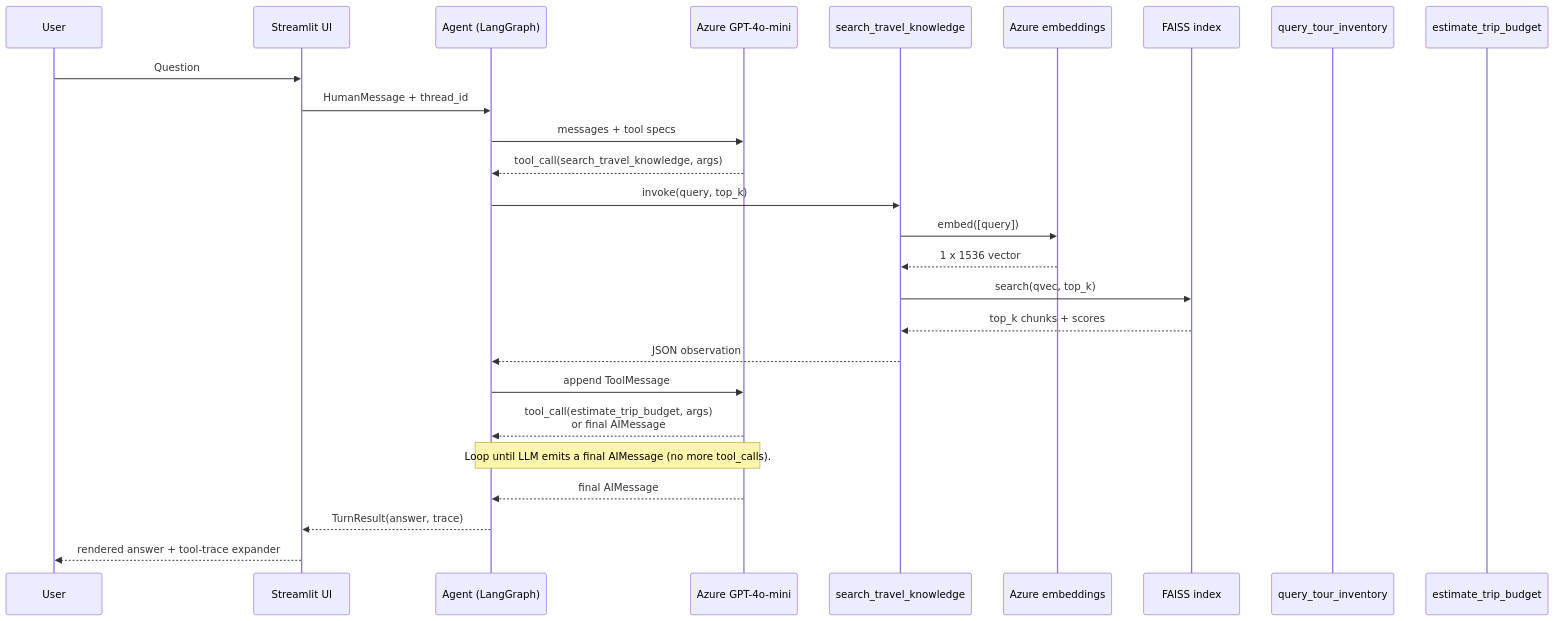
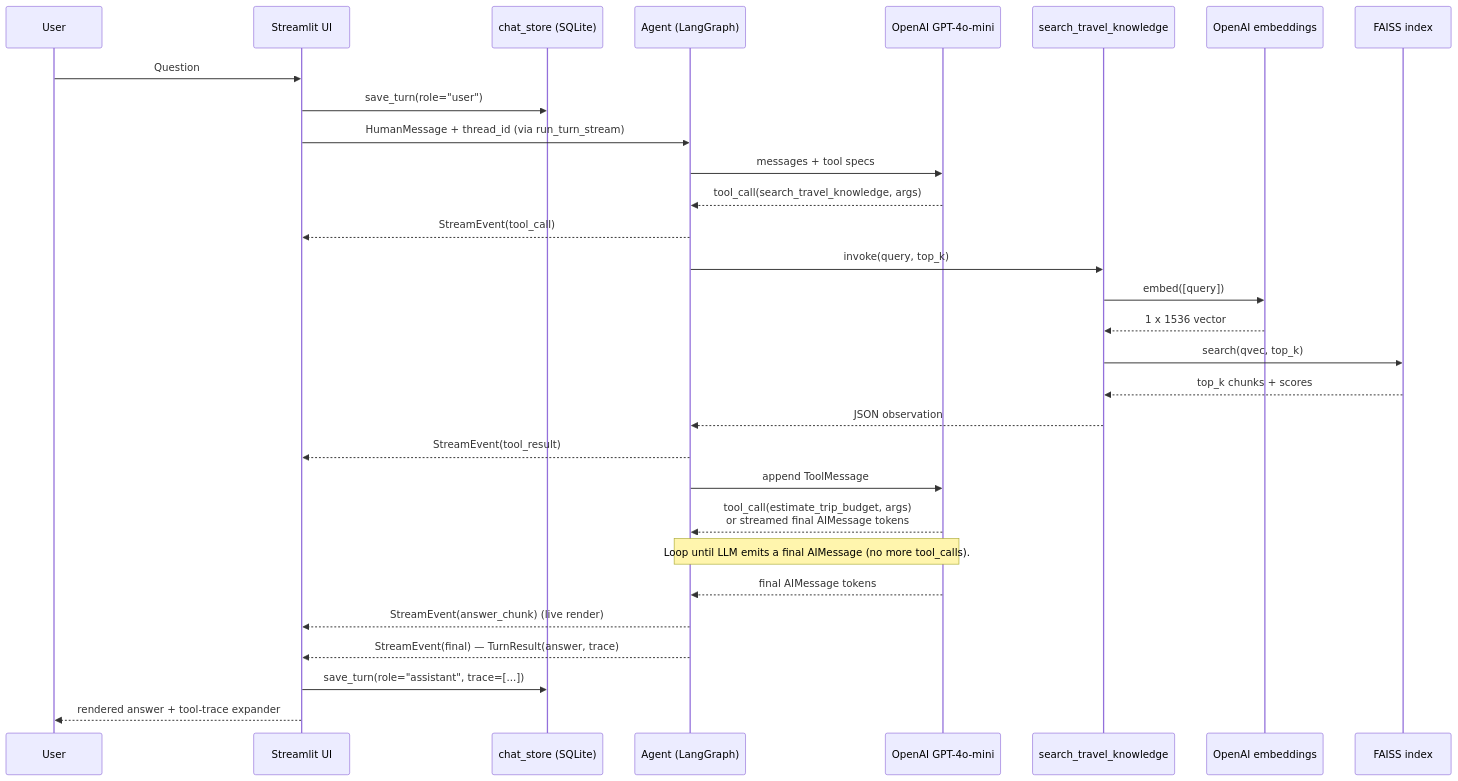
Before and after one commit to trietta1999/AIHack: the third of 4 diagrams in docs/03-architecture.md, drawn with Mermaid. The commit also changed other lines of this file and 12 other files, not shown here.

````diff
--- a/docs/03-architecture.md
+++ b/docs/03-architecture.md
@@ -64,29 +66,33 @@
 ```mermaid
 sequenceDiagram
     participant U as User
     participant UI as Streamlit UI
+    participant CS as chat_store (SQLite)
     participant A as Agent (LangGraph)
-    participant LLM as Azure GPT-4o-mini
+    participant LLM as OpenAI GPT-4o-mini
     participant RAG as search_travel_knowledge
-    participant E as Azure embeddings
+    participant E as OpenAI embeddings
     participant F as FAISS index
-    participant SQL as query_tour_inventory
-    participant BUD as estimate_trip_budget
 
     U->>UI: Question
-    UI->>A: HumanMessage + thread_id
+    UI->>CS: save_turn(role="user")
+    UI->>A: HumanMessage + thread_id (via run_turn_stream)
     A->>LLM: messages + tool specs
     LLM-->>A: tool_call(search_travel_knowledge, args)
+    A-->>UI: StreamEvent(tool_call)
     A->>RAG: invoke(query, top_k)
     RAG->>E: embed([query])
     E-->>RAG: 1 x 1536 vector
     RAG->>F: search(qvec, top_k)
     F-->>RAG: top_k chunks + scores
     RAG-->>A: JSON observation
+    A-->>UI: StreamEvent(tool_result)
     A->>LLM: append ToolMessage
-    LLM-->>A: tool_call(estimate_trip_budget, args)<br/>or final AIMessage
+    LLM-->>A: tool_call(estimate_trip_budget, args)<br/>or streamed final AIMessage tokens
     Note over A,LLM: Loop until LLM emits a final AIMessage (no more tool_calls).
-    LLM-->>A: final AIMessage
-    A-->>UI: TurnResult(answer, trace)
+    LLM-->>A: final AIMessage tokens
+    A-->>UI: StreamEvent(answer_chunk) (live render)
+    A-->>UI: StreamEvent(final) — TurnResult(answer, trace)
+    UI->>CS: save_turn(role="assistant", trace=[...])
     UI-->>U: rendered answer + tool-trace expander
 ```
````
